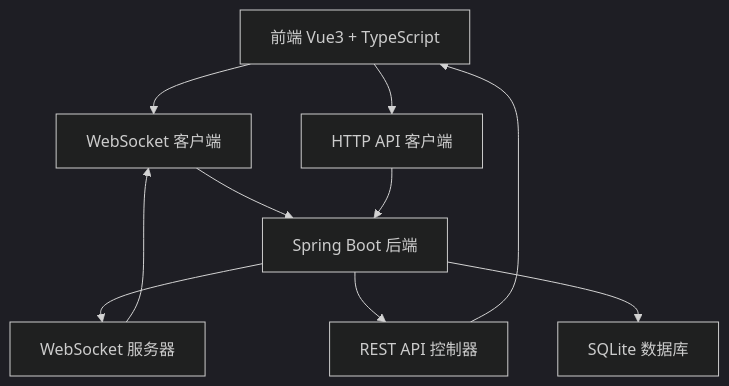
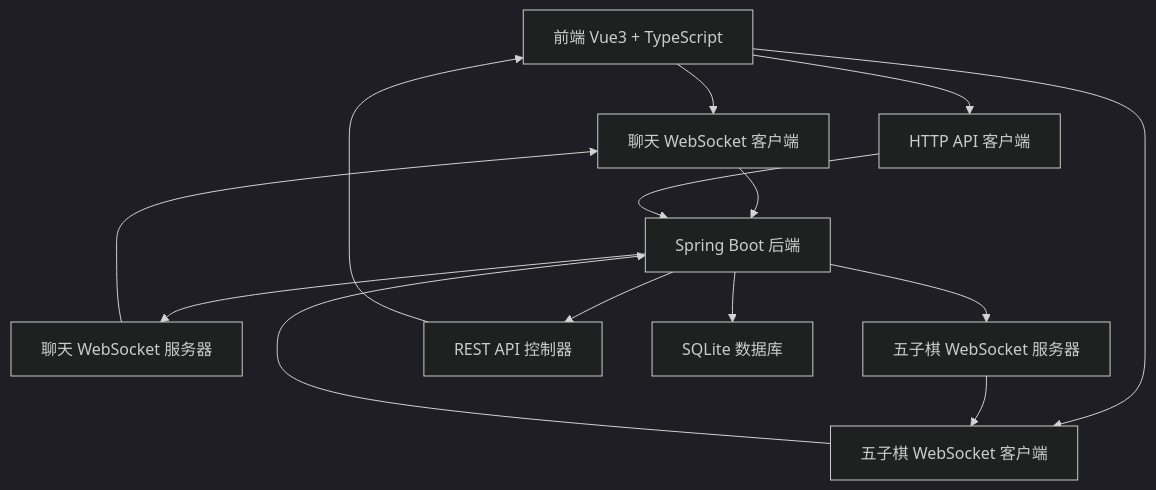
One commit to HaoDuoYv/websocket_chat changed the first of 4 diagrams in Technical_Architecture.md. Above: the diagram before and after it, drawn with Mermaid (dark theme). The commit also changed other lines of this file and 7 other files, not shown here.

````diff
--- a/Technical_Architecture.md
+++ b/Technical_Architecture.md
@@ -3,12 +3,16 @@
 ```mermaid
 graph TD
-    A[前端 Vue3 + TypeScript] --> B[WebSocket 客户端]
-    A --> C[HTTP API 客户端]
-    B --> D[Spring Boot 后端]
-    C --> D
-    D --> E[WebSocket 服务器]
-    D --> F[REST API 控制器]
-    D --> G[SQLite 数据库]
-    E --> B
-    F --> A
+    A[前端 Vue3 + TypeScript] --> B[聊天 WebSocket 客户端]
+    A --> C[五子棋 WebSocket 客户端]
+    A --> D[HTTP API 客户端]
+    B --> E[Spring Boot 后端]
+    C --> E
+    D --> E
+    E --> F[聊天 WebSocket 服务器]
+    E --> G[五子棋 WebSocket 服务器]
+    E --> H[REST API 控制器]
+    E --> I[SQLite 数据库]
+    F --> B
+    G --> C
+    H --> A
 ```
````
